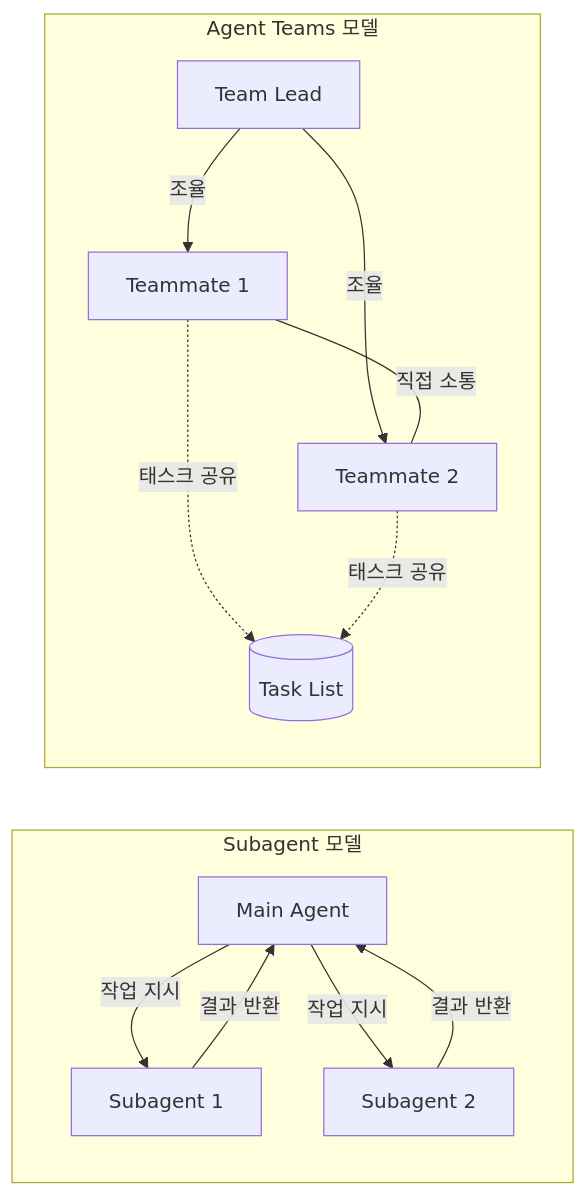
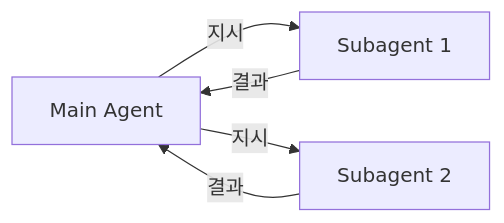
The second of 4 diagrams in content/posts/2026-03-03-claude-code-agent-teams.md (ice-ice-bear/ice-ice-bear.github.io), drawn with Mermaid before and after one commit. The commit also changed other lines of this file and 1 other file, not shown here.

First line of the commit message:
Simplify mermaid diagrams to fix rendering

````diff
--- a/content/posts/2026-03-03-claude-code-agent-teams.md
+++ b/content/posts/2026-03-03-claude-code-agent-teams.md
@@ -56,17 +47,7 @@
 ```mermaid
 graph LR
-    subgraph "Subagent 모델"
-        MA[Main Agent] -->|작업 지시| SA1[Subagent 1]
-        MA -->|작업 지시| SA2[Subagent 2]
-        SA1 -->|결과 반환| MA
-        SA2 -->|결과 반환| MA
-    end
-
-    subgraph "Agent Teams 모델"
-        TL2[Team Lead] -->|조율| AT1[Teammate 1]
-        TL2 -->|조율| AT2[Teammate 2]
-        AT1 ---|직접 소통| AT2
-        AT1 -.->|태스크 공유| TaskList[(Task List)]
-        AT2 -.->|태스크 공유| TaskList
-    end
+    MA[Main Agent] -->|지시| SA1[Subagent 1]
+    MA -->|지시| SA2[Subagent 2]
+    SA1 -->|결과| MA
+    SA2 -->|결과| MA
 ```
````
